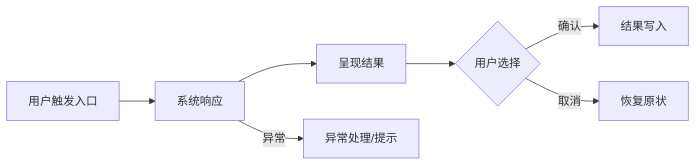
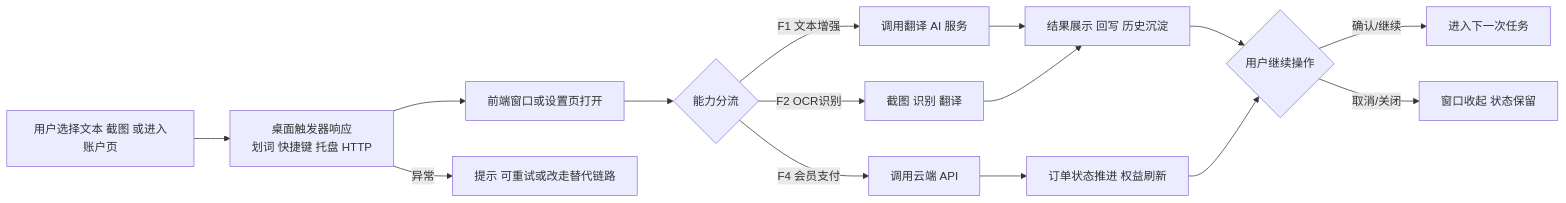
Before and after one commit to xujinhuan675-cloud/immersive-input: the diagram in 项目体检基线-v1.md, drawn with Mermaid. The commit also changed other lines of this file and 15 other files, not shown here.

````diff
--- a/项目体检基线-v1.md
+++ b/项目体检基线-v1.md
@@ -39,9 +85,17 @@
 ```mermaid
 flowchart LR
-A[用户触发入口] --> B[系统响应]
-B --> C[呈现结果]
-C --> D{用户选择}
-D -->|确认| E[结果写入]
-D -->|取消| F[恢复原状]
-B -->|异常| G[异常处理/提示]
+A[用户选择文本 截图 或进入账户页] --> B[桌面触发器响应<br/>划词 快捷键 托盘 HTTP]
+B --> C[前端窗口或设置页打开]
+C --> D{能力分流}
+D -->|F1 文本增强| E[调用翻译 AI 服务]
+D -->|F2 OCR识别| F[截图 识别 翻译]
+D -->|F4 会员支付| G[调用云端 API]
+E --> H[结果展示 回写 历史沉淀]
+F --> H
+G --> I[订单状态推进 权益刷新]
+H --> J{用户继续操作}
+I --> J
+J -->|确认/继续| K[进入下一次任务]
+J -->|取消/关闭| L[窗口收起 状态保留]
+B -->|异常| M[提示 可重试或改走替代链路]
 ```
````
